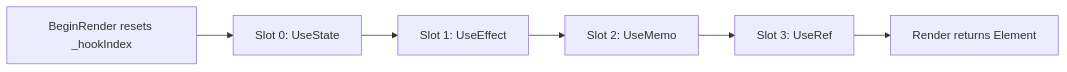
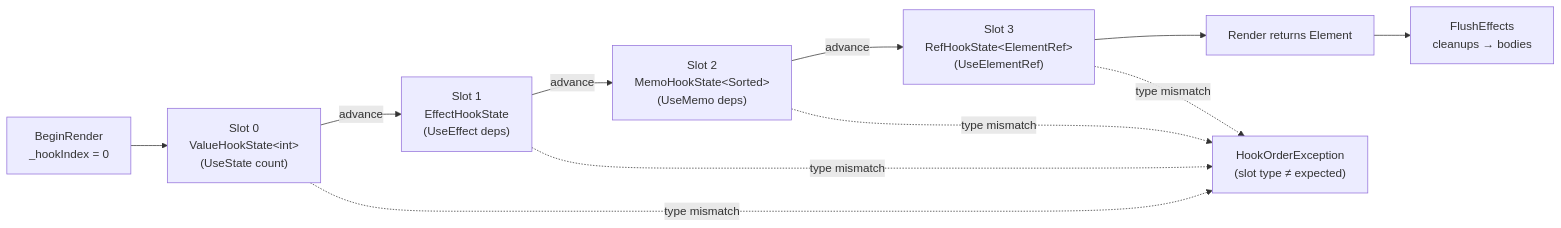
The diagram in docs/_pipeline/diagrams/hooks-internals/hook-slot-table.mmd (microsoft/microsoft-ui-reactor), drawn with Mermaid before and after one commit. The commit also changed 2 other files, not shown here.

```diff
--- a/docs/_pipeline/diagrams/hooks-internals/hook-slot-table.mmd
+++ b/docs/_pipeline/diagrams/hooks-internals/hook-slot-table.mmd
@@ -1,10 +1,26 @@
-%% Phase 3.5 scaffold — positional hook slot table held by RenderContext.
-%% Author should show how _hookIndex advances, how slot types are
-%% checked (HookOrderException on mismatch), and why "same order every
-%% render" is mandatory.
+%% Positional hook slot table held by RenderContext. BeginRender
+%% resets _hookIndex; every hook call reads or creates the slot at
+%% _hookIndex and advances. Slot type mismatch throws
+%% HookOrderException — that's why hook rules require call order
+%% stability. Default Mermaid palette renders legibly on both light
+%% and dark GitHub themes.
 flowchart LR
-    Begin[BeginRender resets _hookIndex] --> H0[Slot 0: UseState]
-    H0 --> H1[Slot 1: UseEffect]
-    H1 --> H2[Slot 2: UseMemo]
-    H2 --> H3[Slot 3: UseRef]
-    H3 --> End[Render returns Element]
+    Begin["BeginRender<br/>_hookIndex = 0"]
+    H0["Slot 0<br/>ValueHookState&lt;int&gt;<br/>(UseState count)"]
+    H1["Slot 1<br/>EffectHookState<br/>(UseEffect deps)"]
+    H2["Slot 2<br/>MemoHookState&lt;Sorted&gt;<br/>(UseMemo deps)"]
+    H3["Slot 3<br/>RefHookState&lt;ElementRef&gt;<br/>(UseElementRef)"]
+    Render["Render returns Element"]
+    Flush["FlushEffects<br/>cleanups → bodies"]
+    Mismatch["HookOrderException<br/>(slot type ≠ expected)"]
+
+    Begin --> H0
+    H0 -->|advance| H1
+    H1 -->|advance| H2
+    H2 -->|advance| H3
+    H3 --> Render
+    Render --> Flush
+    H0 -.->|type mismatch| Mismatch
+    H1 -.->|type mismatch| Mismatch
+    H2 -.->|type mismatch| Mismatch
+    H3 -.->|type mismatch| Mismatch
```
